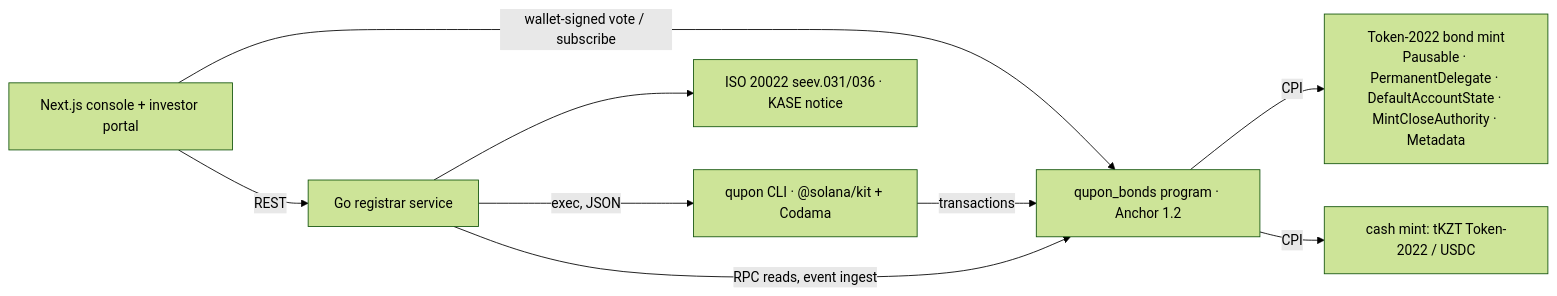
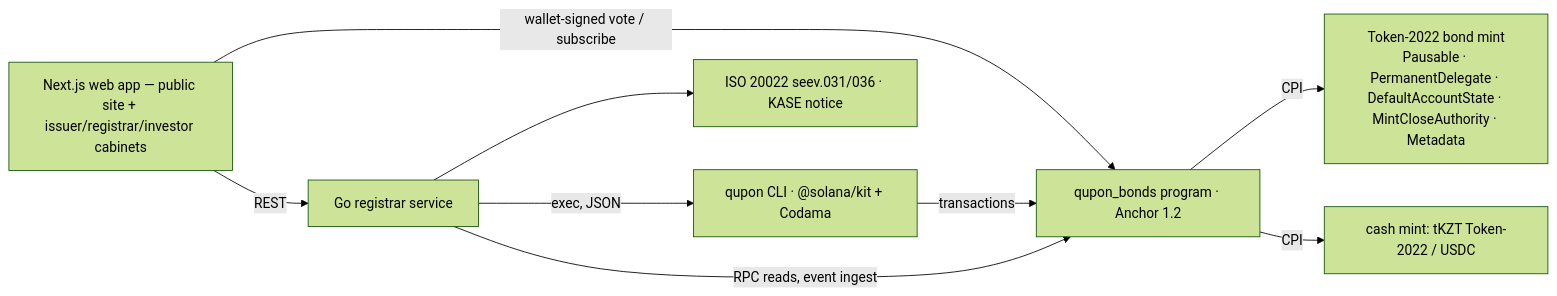
The diagram in README.md (savvax/qupon), drawn with Mermaid (forest theme) before and after one commit. The commit also changed other lines of this file and 3 other files, not shown here.

````diff
--- a/README.md
+++ b/README.md
@@ -36,11 +58,11 @@
 ```mermaid
 flowchart LR
-  UI[Next.js console + investor portal] -->|REST| API[Go registrar service]
+  UI[Next.js web app — public site + issuer/registrar/investor cabinets] -->|REST| API[Go registrar service]
   UI -->|wallet-signed vote / subscribe| P
   API -->|exec, JSON| CLI[qupon CLI · @solana/kit + Codama]
   CLI -->|transactions| P[qupon_bonds program · Anchor 1.2]
   P -->|CPI| T22[Token-2022 bond mint<br/>Pausable · PermanentDelegate · DefaultAccountState · MintCloseAuthority · Metadata]
   P -->|CPI| CASH[cash mint: tKZT Token-2022 / USDC]
   API -->|RPC reads, event ingest| P
   API --> ISO[ISO 20022 seev.031/036 · KASE notice]
 ```
````
